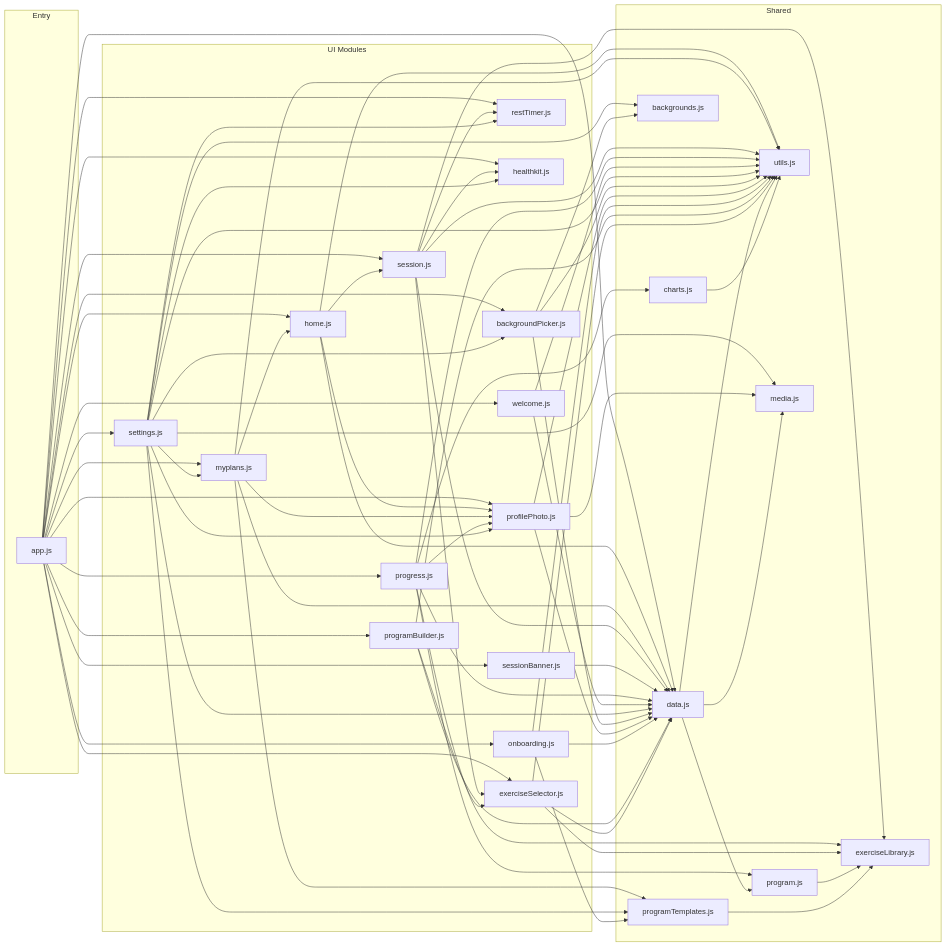
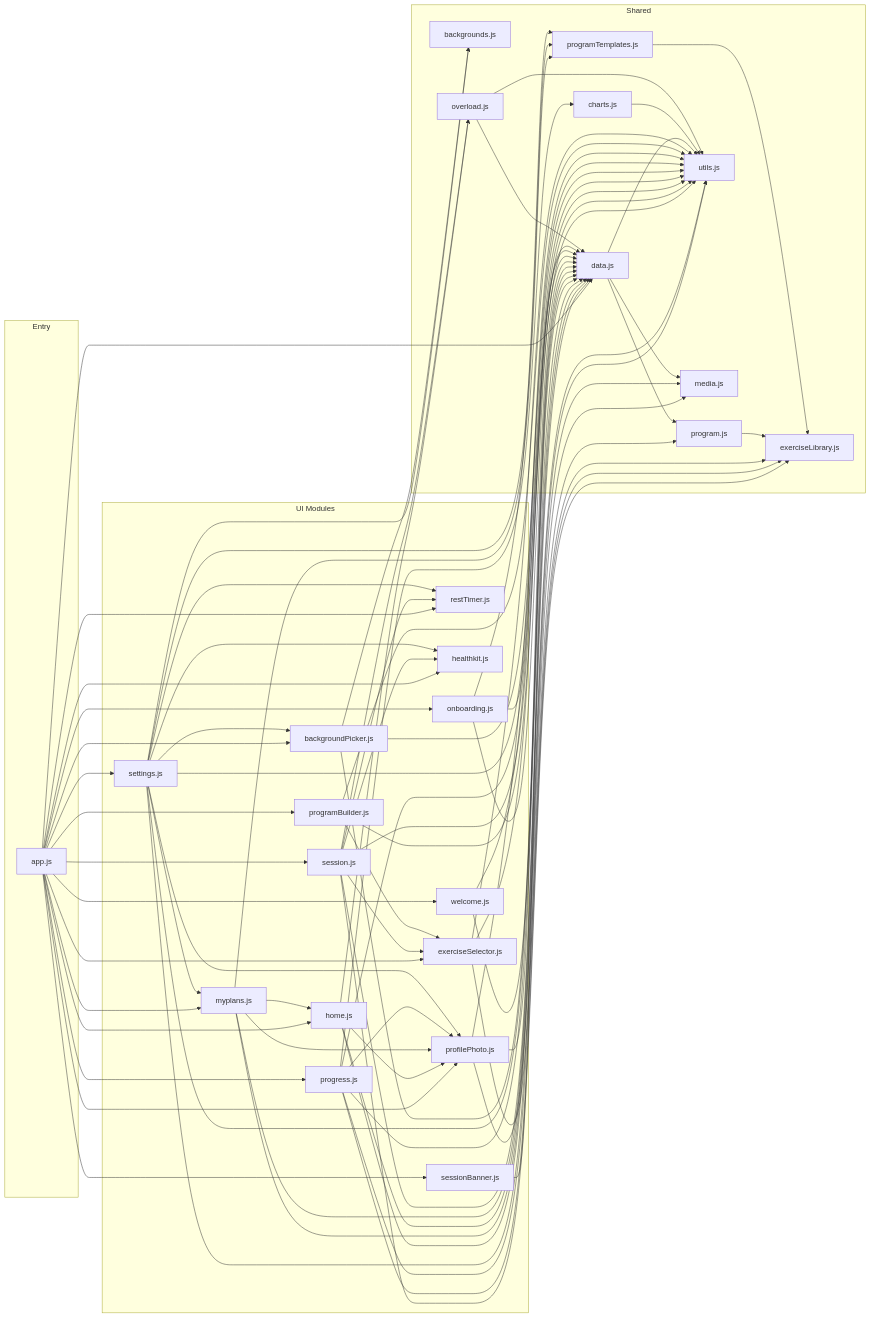
One commit to reidrussell-alt/plate-log changed the second of 8 diagrams in ARCHITECTURE.md. Above: the diagram before and after it, drawn with Mermaid. The commit also changed other lines of this file and 6 other files, not shown here.

````diff
--- a/ARCHITECTURE.md
+++ b/ARCHITECTURE.md
@@ -121,6 +121,7 @@
         programTemplates.js
         media.js
         backgrounds.js
+        overload.js
     end
 
     app.js --> home.js
@@ -140,7 +141,7 @@
     app.js --> backgroundPicker.js
 
     home.js --> data.js
-    home.js --> session.js
+    home.js --> overload.js
     home.js --> utils.js
 
     myplans.js --> data.js
@@ -149,6 +150,7 @@
     myplans.js --> utils.js
 
     session.js --> data.js
+    session.js --> overload.js
     session.js --> exerciseLibrary.js
     session.js --> exerciseSelector.js
     session.js --> restTimer.js
@@ -205,4 +207,6 @@
     program.js --> exerciseLibrary.js
     programTemplates.js --> exerciseLibrary.js
     charts.js --> utils.js
+    overload.js --> data.js
+    overload.js --> utils.js
 ```
````
